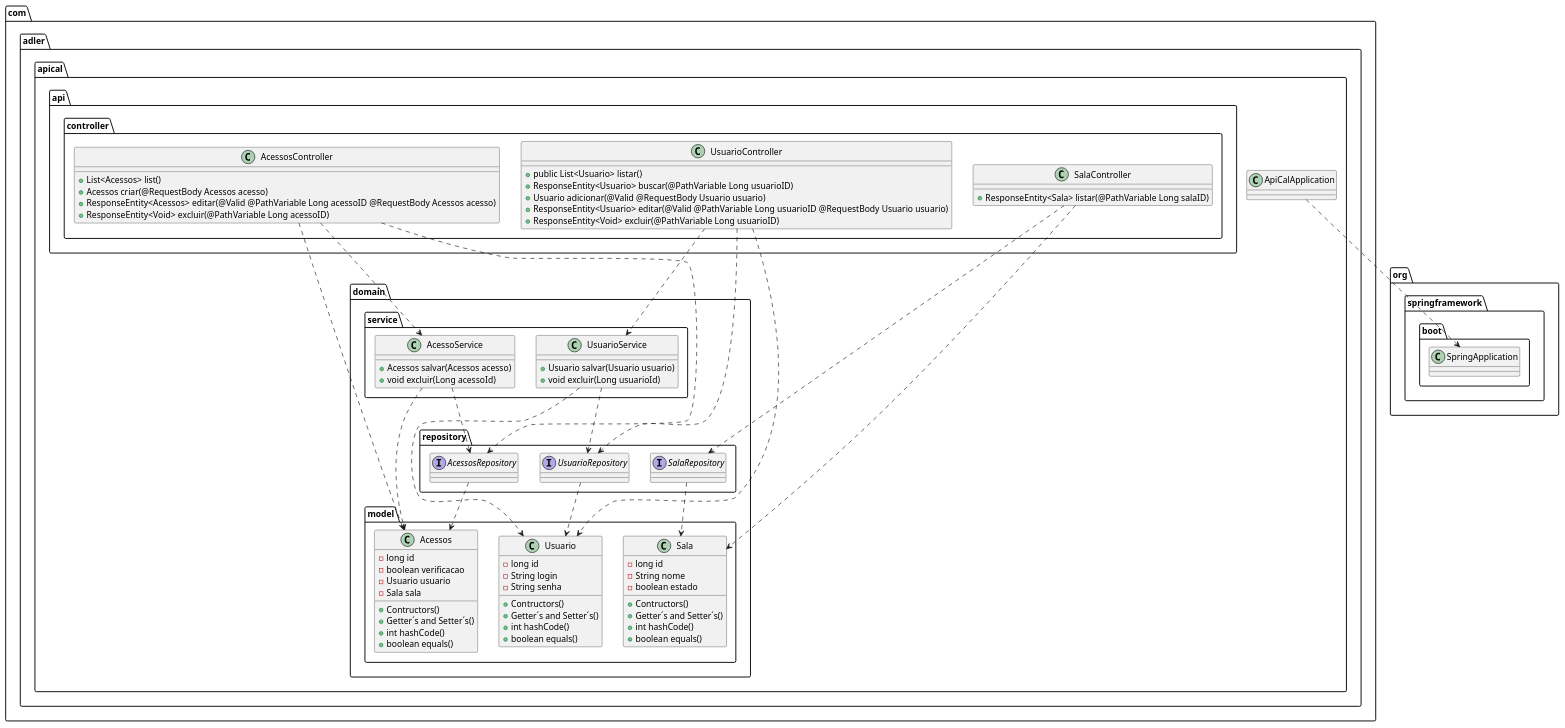
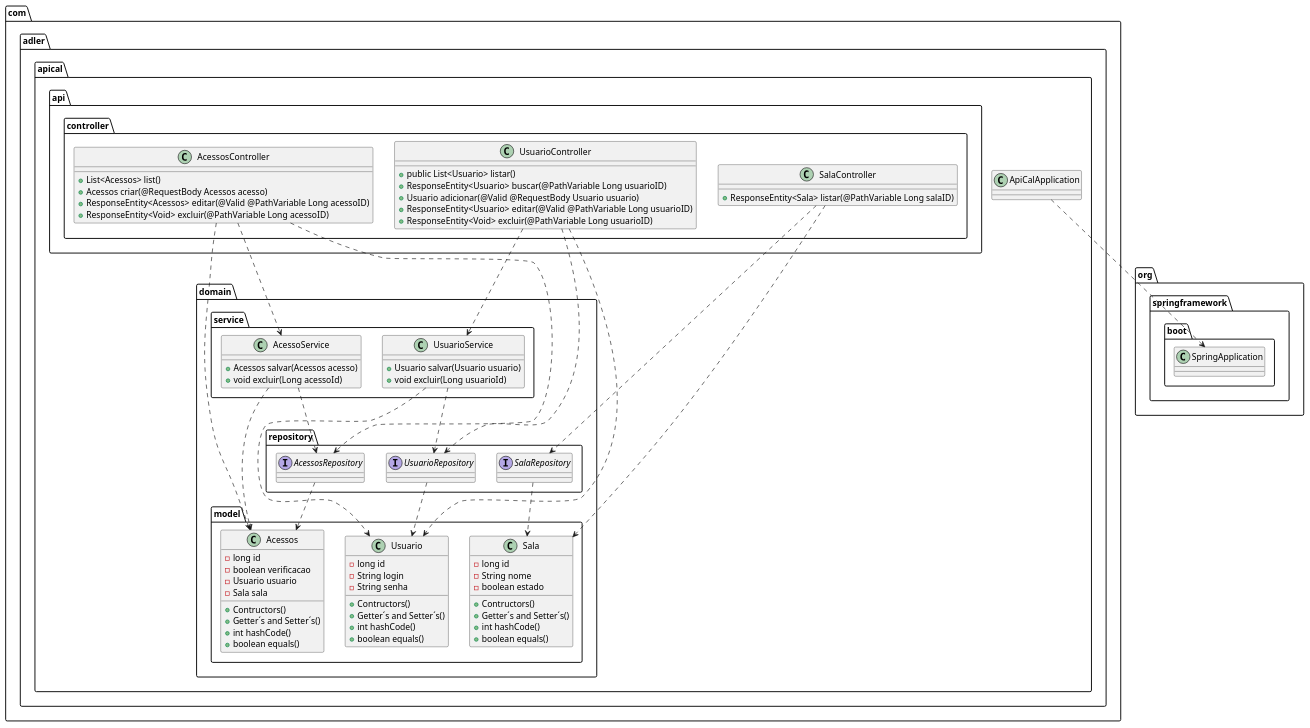
One commit to adleralves/cal changed the diagram in api-uml.puml. Above: the diagram before and after it, drawn with PlantUML. The commit also changed 6 other files, not shown here.

```diff
--- a/api-uml.puml
+++ b/api-uml.puml
@@ -1,79 +1,79 @@
 @startuml
 class com.adler.apical.ApiCalApplication
 class com.adler.apical.api.controller.AcessosController {
     +List<Acessos> list()
     +Acessos criar(@RequestBody Acessos acesso)
-    +ResponseEntity<Acessos> editar(@Valid @PathVariable Long acessoID @RequestBody Acessos acesso)
+    +ResponseEntity<Acessos> editar(@Valid @PathVariable Long acessoID)
     +ResponseEntity<Void> excluir(@PathVariable Long acessoID)
 }
 class com.adler.apical.api.controller.SalaController {
     +ResponseEntity<Sala> listar(@PathVariable Long salaID)
 
 }
 class com.adler.apical.api.controller.UsuarioController {
     +public List<Usuario> listar()
     +ResponseEntity<Usuario> buscar(@PathVariable Long usuarioID)
     +Usuario adicionar(@Valid @RequestBody Usuario usuario)
-    +ResponseEntity<Usuario> editar(@Valid @PathVariable Long usuarioID @RequestBody Usuario usuario)
+    +ResponseEntity<Usuario> editar(@Valid @PathVariable Long usuarioID)
     +ResponseEntity<Void> excluir(@PathVariable Long usuarioID)
 }
 class com.adler.apical.domain.model.Acessos {
     -long id
     -boolean verificacao
     -Usuario usuario
     -Sala sala
 
     + Contructors()
     + Getter´s and Setter´s()
     + int hashCode()
     + boolean equals()
 }
 class com.adler.apical.domain.model.Sala {
     -long id
     -String nome
     -boolean estado
 
     + Contructors()
     + Getter´s and Setter´s()
     + int hashCode()
     + boolean equals()
 }
 class com.adler.apical.domain.model.Usuario {
     -long id
     -String login
     -String senha
 
     + Contructors()
     + Getter´s and Setter´s()
     + int hashCode()
     + boolean equals()
 }
 class com.adler.apical.domain.service.AcessoService {
     +Acessos salvar(Acessos acesso)
     +void excluir(Long acessoId)
 }
 class com.adler.apical.domain.service.UsuarioService {
     +Usuario salvar(Usuario usuario)
     +void excluir(Long usuarioId)
 }
 class org.springframework.boot.SpringApplication
 interface com.adler.apical.domain.repository.AcessosRepository
 interface com.adler.apical.domain.repository.SalaRepository
 interface com.adler.apical.domain.repository.UsuarioRepository
 com.adler.apical.ApiCalApplication ..> org.springframework.boot.SpringApplication
 com.adler.apical.api.controller.AcessosController ..> com.adler.apical.domain.model.Acessos
 com.adler.apical.api.controller.AcessosController ..> com.adler.apical.domain.service.AcessoService
 com.adler.apical.api.controller.AcessosController ..> com.adler.apical.domain.repository.AcessosRepository
 com.adler.apical.api.controller.SalaController ..> com.adler.apical.domain.model.Sala
 com.adler.apical.api.controller.SalaController ..> com.adler.apical.domain.repository.SalaRepository
 com.adler.apical.api.controller.UsuarioController ..> com.adler.apical.domain.model.Usuario
 com.adler.apical.api.controller.UsuarioController ..> com.adler.apical.domain.service.UsuarioService
 com.adler.apical.api.controller.UsuarioController ..> com.adler.apical.domain.repository.UsuarioRepository
 com.adler.apical.domain.service.AcessoService ..> com.adler.apical.domain.model.Acessos
 com.adler.apical.domain.service.AcessoService ..> com.adler.apical.domain.repository.AcessosRepository
 com.adler.apical.domain.service.UsuarioService ..> com.adler.apical.domain.model.Usuario
 com.adler.apical.domain.service.UsuarioService ..> com.adler.apical.domain.repository.UsuarioRepository
 com.adler.apical.domain.repository.AcessosRepository ..> com.adler.apical.domain.model.Acessos
 com.adler.apical.domain.repository.SalaRepository ..> com.adler.apical.domain.model.Sala
 com.adler.apical.domain.repository.UsuarioRepository ..> com.adler.apical.domain.model.Usuario
 @enduml
```
